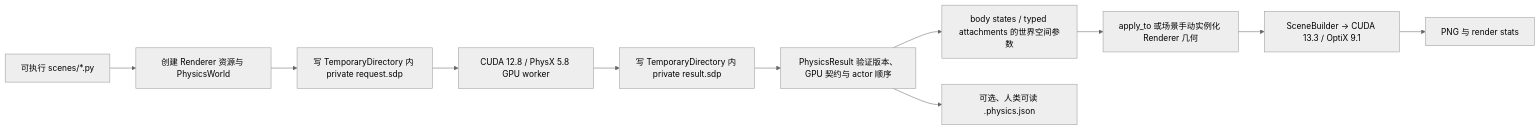
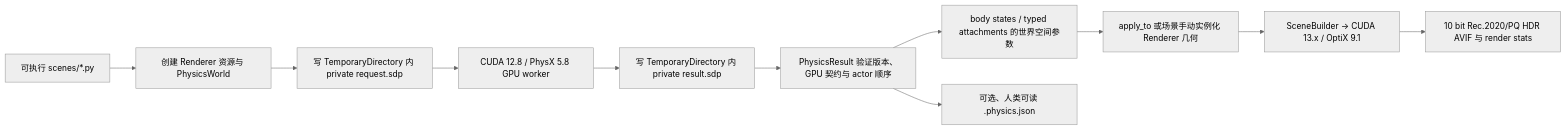
Before and after one commit to goooxu/SpectralDock: the diagram in docs/PHYSX_SCENE.md, drawn with Mermaid (neutral theme). The commit also changed other lines of this file and 174 other files, not shown here.

First line of the commit message:
feat: require HDR AVIF and GPU-only PhysX

```diff
--- a/docs/PHYSX_SCENE.md
+++ b/docs/PHYSX_SCENE.md
@@ -35,13 +37,13 @@
 ~~~mermaid
 flowchart LR
     A["可执行 scenes/*.py"] --> B["创建 Renderer 资源与 PhysicsWorld"]
     B --> C["写 TemporaryDirectory 内 private request.sdp"]
     C --> D["CUDA 12.8 / PhysX 5.8 GPU worker"]
     D --> E["写 TemporaryDirectory 内 private result.sdp"]
     E --> F["PhysicsResult 验证版本、GPU 契约与 actor 顺序"]
     F --> G["body states / typed attachments 的世界空间参数"]
     G --> H["apply_to 或场景手动实例化 Renderer 几何"]
-    H --> I["SceneBuilder → CUDA 13.3 / OptiX 9.1"]
-    I --> J["PNG 与 render stats"]
+    H --> I["SceneBuilder → CUDA 13.x / OptiX 9.1"]
+    I --> J["10 bit Rec.2020/PQ HDR AVIF 与 render stats"]
     F --> K["可选、人类可读 .physics.json"]
 ~~~
```
